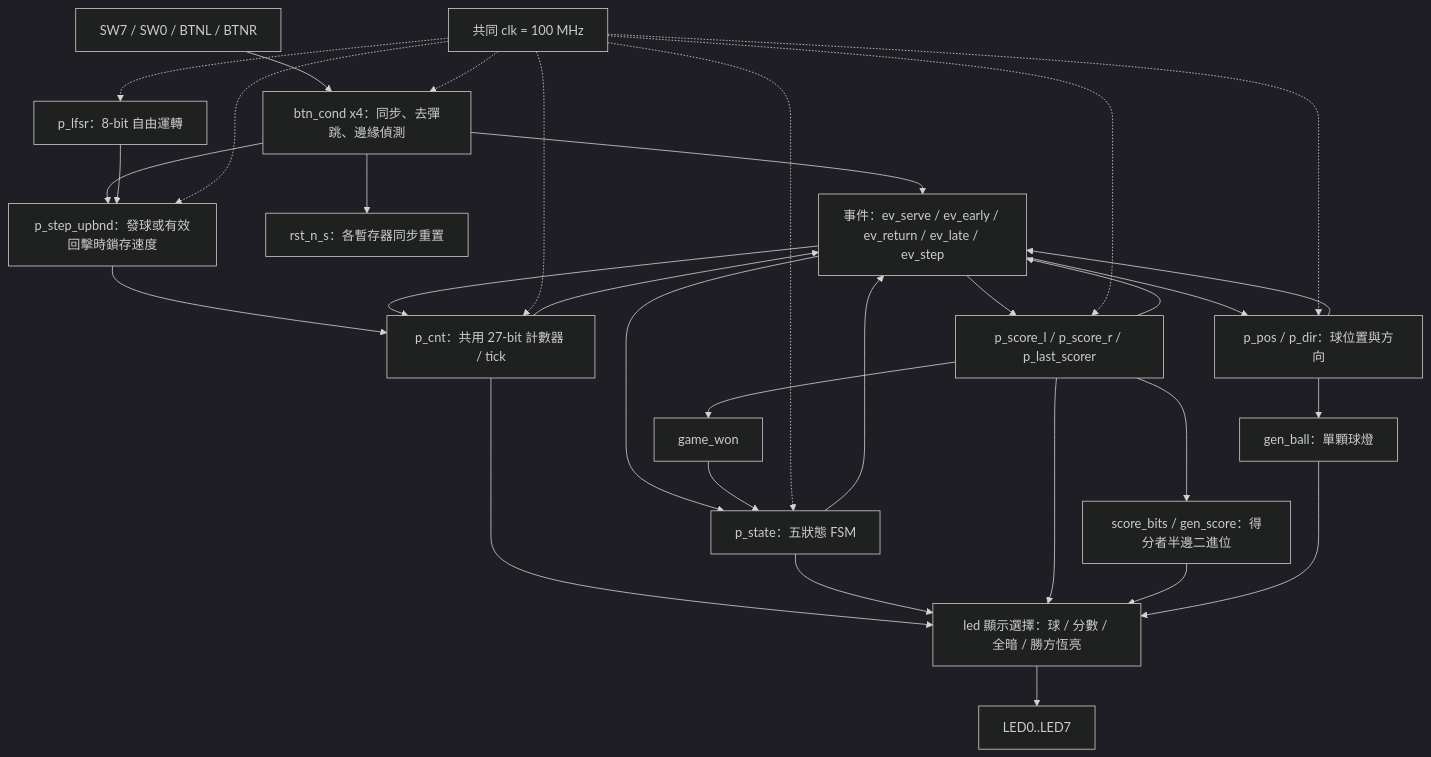
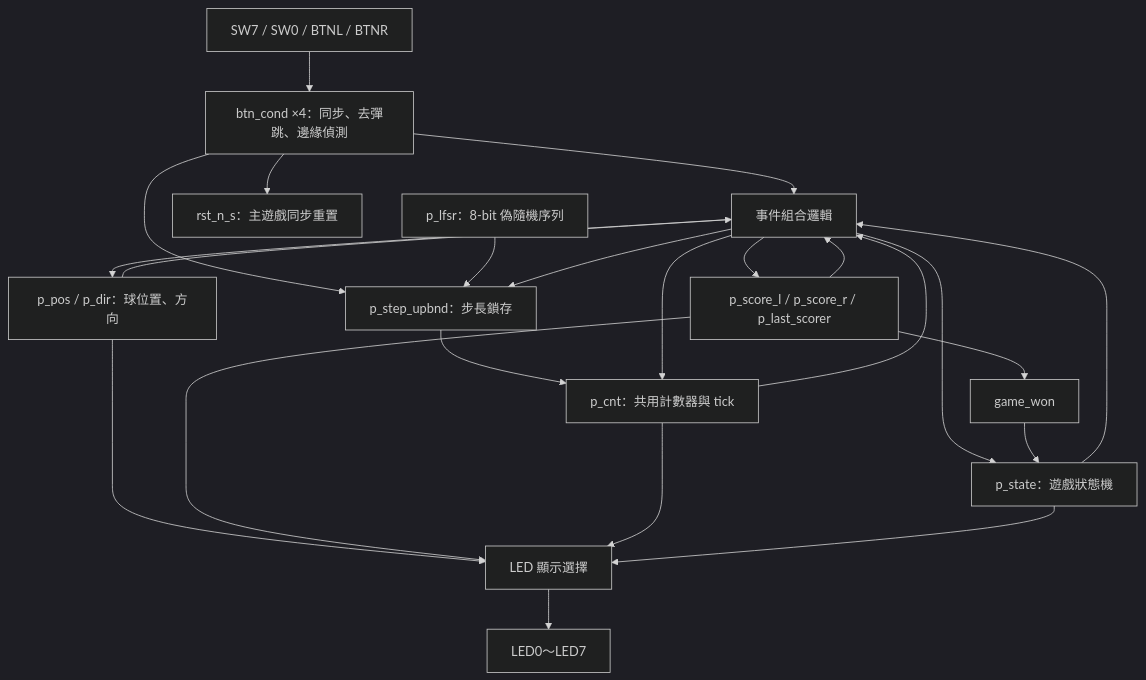
One commit to raygarrix2006/FPGA changed the first of 2 diagrams in pingpong-led-fpga/docs/03-design.md. Above: the diagram before and after it, drawn with Mermaid (dark theme). The commit also changed other lines of this file and 38 other files, not shown here.

````diff
--- a/pingpong-led-fpga/docs/03-design.md
+++ b/pingpong-led-fpga/docs/03-design.md
@@ -15,33 +5,24 @@
 ```mermaid
 flowchart TB
-    EXT["SW7 / SW0 / BTNL / BTNR"] --> INPUT["btn_cond x4：同步、去彈跳、邊緣偵測"]
-    INPUT --> EV["事件：ev_serve / ev_early / ev_return / ev_late / ev_step"]
-    INPUT --> RESET["rst_n_s：各暫存器同步重置"]
-    INPUT --> SPEED["p_step_upbnd：發球或有效回擊時鎖存速度"]
-    RNG["p_lfsr：8-bit 自由運轉"] --> SPEED
-    SPEED --> TIMER["p_cnt：共用 27-bit 計數器 / tick"]
+    IN["SW7 / SW0 / BTNL / BTNR"] --> COND["btn_cond ×4：同步、去彈跳、邊緣偵測"]
+    COND --> EV["事件組合邏輯"]
+    COND --> RESET["rst_n_s：主遊戲同步重置"]
+    COND --> SPEED["p_step_upbnd：步長鎖存"]
+    RNG["p_lfsr：8-bit 偽隨機序列"] --> SPEED
+    SPEED --> TIMER["p_cnt：共用計數器與 tick"]
     TIMER --> EV
-    FSM["p_state：五狀態 FSM"] --> EV
+    FSM["p_state：遊戲狀態機"] --> EV
     EV --> FSM
     EV --> TIMER
-    EV --> BALL["p_pos / p_dir：球位置與方向"]
+    EV --> BALL["p_pos / p_dir：球位置、方向"]
     BALL --> EV
     EV --> SCORE["p_score_l / p_score_r / p_last_scorer"]
     SCORE --> EV
     SCORE --> WON["game_won"] --> FSM
-    BALL --> BALLLED["gen_ball：單顆球燈"]
-    SCORE --> BIN["score_bits / gen_score：得分者半邊二進位"]
-    TIMER --> MUX["led 顯示選擇：球 / 分數 / 全暗 / 勝方恆亮"]
-    FSM --> MUX
-    SCORE --> MUX
-    BIN --> MUX
-    BALLLED --> MUX
-    MUX --> LED["LED0..LED7"]
-    CLK["共同 clk = 100 MHz"] -.-> INPUT
-    CLK -.-> FSM
-    CLK -.-> TIMER
-    CLK -.-> BALL
-    CLK -.-> SCORE
-    CLK -.-> RNG
-    CLK -.-> SPEED
+    EV --> SPEED
+    BALL --> DISPLAY["LED 顯示選擇"]
+    SCORE --> DISPLAY
+    TIMER --> DISPLAY
+    FSM --> DISPLAY
+    DISPLAY --> LED["LED0～LED7"]
 ```
````
